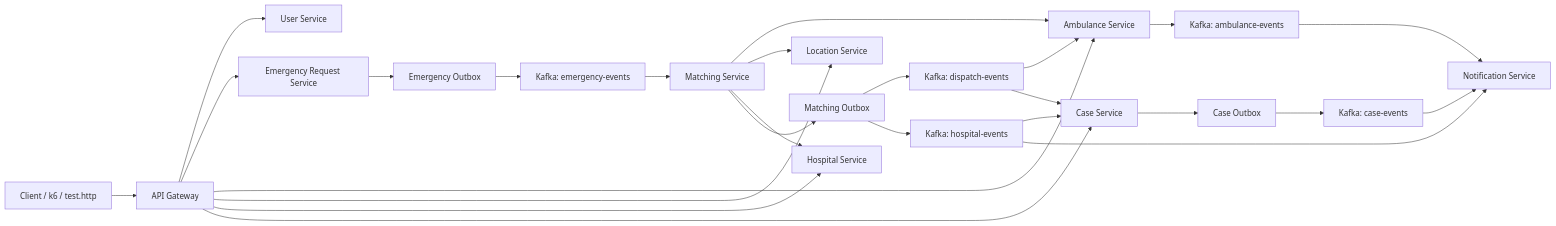
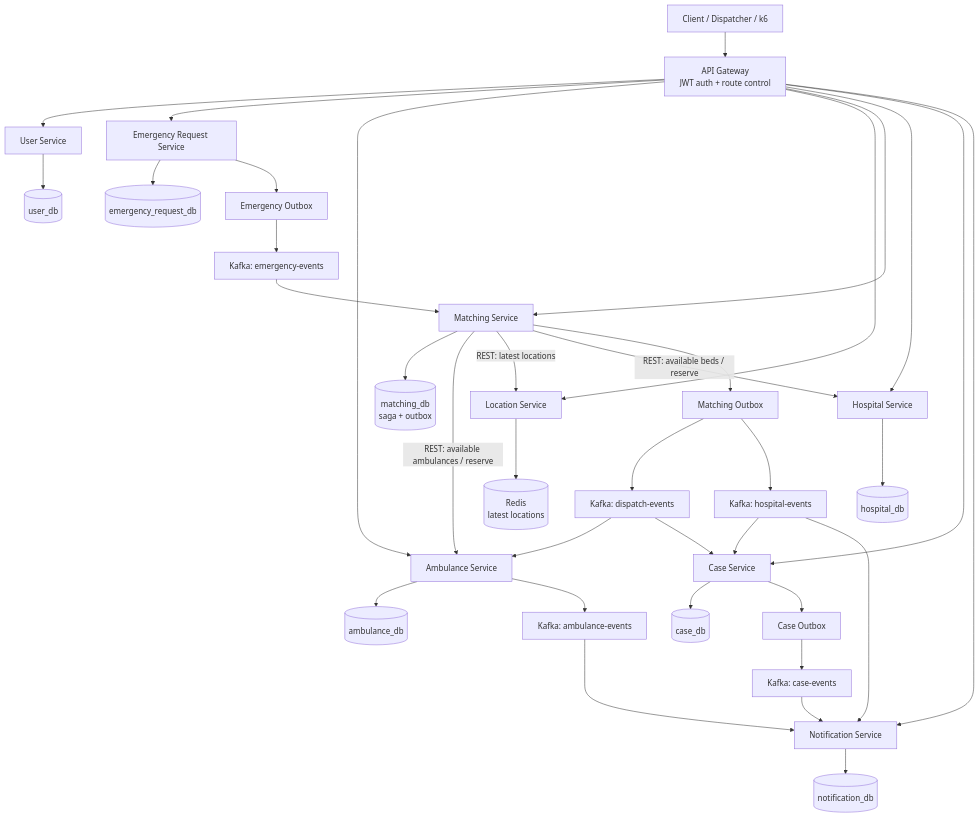
Before and after one commit to suryans77/Medical-Emergency-Coordination-System: the first of 2 diagrams in README.md, drawn with Mermaid. The commit also changed other lines of this file, not shown here.

Commit message:
Improve project README architecture overview

````diff
--- a/README.md
+++ b/README.md
@@ -7,32 +21,46 @@
 ```mermaid
-flowchart LR
-    Client["Client / k6 / test.http"] --> Gateway["API Gateway"]
+flowchart TB
+    Client["Client / Dispatcher / k6"] --> Gateway["API Gateway<br/>JWT auth + route control"]
+
     Gateway --> User["User Service"]
     Gateway --> Emergency["Emergency Request Service"]
     Gateway --> Ambulance["Ambulance Service"]
     Gateway --> Location["Location Service"]
+    Gateway --> Matching["Matching Service"]
     Gateway --> Hospital["Hospital Service"]
     Gateway --> Case["Case Service"]
+    Gateway --> Notification["Notification Service"]
+
+    User --> UserDb[("user_db")]
+    Emergency --> EmergencyDb[("emergency_request_db")]
+    Ambulance --> AmbulanceDb[("ambulance_db")]
+    Hospital --> HospitalDb[("hospital_db")]
+    Matching --> MatchingDb[("matching_db<br/>saga + outbox")]
+    Case --> CaseDb[("case_db")]
+    Notification --> NotificationDb[("notification_db")]
+    Location --> Redis[("Redis<br/>latest locations")]
 
     Emergency --> EmergencyOutbox["Emergency Outbox"]
-    EmergencyOutbox --> EmergencyTopic["Kafka: emergency-events"]
-    EmergencyTopic --> Matching["Matching Service"]
+    EmergencyOutbox --> EmergencyEvents["Kafka: emergency-events"]
+    EmergencyEvents --> Matching["Matching Service"]
 
-    Matching --> Ambulance
-    Matching --> Location
-    Matching --> Hospital
+    Matching -- "REST: available ambulances / reserve" --> Ambulance
+    Matching -- "REST: latest locations" --> Location
+    Matching -- "REST: available beds / reserve" --> Hospital
+
     Matching --> MatchingOutbox["Matching Outbox"]
-    MatchingOutbox --> DispatchTopic["Kafka: dispatch-events"]
-    MatchingOutbox --> HospitalTopic["Kafka: hospital-events"]
+    MatchingOutbox --> DispatchEvents["Kafka: dispatch-events"]
+    MatchingOutbox --> HospitalEvents["Kafka: hospital-events"]
 
-    DispatchTopic --> Ambulance
-    DispatchTopic --> Case
-    HospitalTopic --> Case
+    DispatchEvents --> Ambulance
+    DispatchEvents --> Case
+    HospitalEvents --> Case
+    HospitalEvents --> Notification
+
+    Ambulance --> AmbulanceEvents["Kafka: ambulance-events"]
+    AmbulanceEvents --> Notification
+
     Case --> CaseOutbox["Case Outbox"]
-    CaseOutbox --> CaseTopic["Kafka: case-events"]
-    CaseTopic --> Notification["Notification Service"]
-
-    Ambulance --> AmbulanceTopic["Kafka: ambulance-events"]
-    AmbulanceTopic --> Notification
-    HospitalTopic --> Notification
+    CaseOutbox --> CaseEvents["Kafka: case-events"]
+    CaseEvents --> Notification
 ```
````
